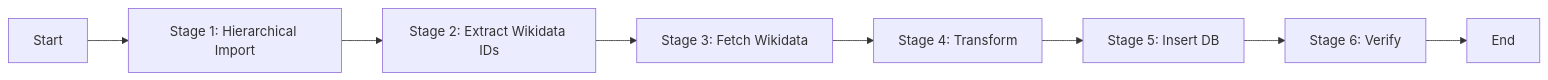
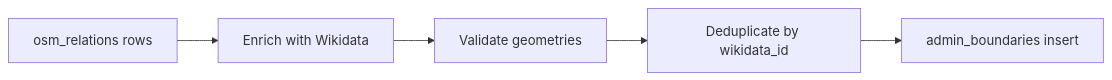
The fifth of 6 diagrams in docs/import/architecture.md (DaxServer/geocode-commons-categories), drawn with Mermaid before and after one commit. The commit also changed other lines of this file and 11 other files, not shown here.

````diff
--- a/docs/import/architecture.md
+++ b/docs/import/architecture.md
@@ -283,10 +342,7 @@
 ```mermaid
 graph LR
-    A[Start] --> B[Stage 1: Hierarchical Import]
-    B --> C[Stage 2: Extract Wikidata IDs]
-    C --> D[Stage 3: Fetch Wikidata]
-    D --> E[Stage 4: Transform]
-    E --> F[Stage 5: Insert DB]
-    F --> G[Stage 6: Verify]
-    G --> H[End]
+    OSM[osm_relations rows] --> ENRICH[Enrich with Wikidata]
+    ENRICH --> VALID[Validate geometries]
+    VALID --> DEDUP[Deduplicate by wikidata_id]
+    DEDUP --> ADMIN[admin_boundaries insert]
 ```
````
